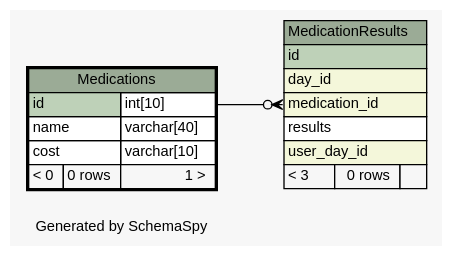
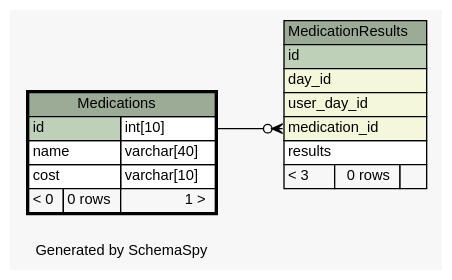
One commit to carrel2/CaseStudies changed the diagram in web/files/schema/diagrams/Medications.1degree.dot. Above: the diagram before and after it, drawn with Graphviz. The commit also changed other lines of this file and 75 other files, not shown here.

```diff
--- a/web/files/schema/diagrams/Medications.1degree.dot
+++ b/web/files/schema/diagrams/Medications.1degree.dot
@@ -1,49 +1,49 @@
 // dot 2.38.0 on Linux 4.4.0-64-generic
 // SchemaSpy rev 590
 digraph "oneDegreeRelationshipsDiagram" {
   graph [
     rankdir="RL"
     bgcolor="#f7f7f7"
     label="\nGenerated by SchemaSpy"
     labeljust="l"
     nodesep="0.18"
     ranksep="0.46"
     fontname="Helvetica"
     fontsize="11"
   ];
   node [
     fontname="Helvetica"
     fontsize="11"
     shape="plaintext"
   ];
   edge [
     arrowsize="0.8"
   ];
   "MedicationResults":"medication_id":w -> "Medications":"id.type":e [arrowhead=none dir=back arrowtail=crowodot];
   "MedicationResults" [
     label=<
     <TABLE BORDER="0" CELLBORDER="1" CELLSPACING="0" BGCOLOR="#ffffff">
       <TR><TD COLSPAN="3" BGCOLOR="#9bab96" ALIGN="CENTER">MedicationResults</TD></TR>
       <TR><TD PORT="id" COLSPAN="3" BGCOLOR="#bed1b8" ALIGN="LEFT">id</TD></TR>
       <TR><TD PORT="day_id" COLSPAN="3" BGCOLOR="#f4f7da" ALIGN="LEFT">day_id</TD></TR>
+      <TR><TD PORT="user_day_id" COLSPAN="3" BGCOLOR="#f4f7da" ALIGN="LEFT">user_day_id</TD></TR>
       <TR><TD PORT="medication_id" COLSPAN="3" BGCOLOR="#f4f7da" ALIGN="LEFT">medication_id</TD></TR>
       <TR><TD PORT="results" COLSPAN="3" ALIGN="LEFT">results</TD></TR>
-      <TR><TD PORT="user_day_id" COLSPAN="3" BGCOLOR="#f4f7da" ALIGN="LEFT">user_day_id</TD></TR>
       <TR><TD ALIGN="LEFT" BGCOLOR="#f7f7f7">&lt; 3</TD><TD ALIGN="RIGHT" BGCOLOR="#f7f7f7">0 rows</TD><TD ALIGN="RIGHT" BGCOLOR="#f7f7f7">  </TD></TR>
     </TABLE>>
     URL="MedicationResults.html"
     tooltip="MedicationResults"
   ];
   "Medications" [
     label=<
     <TABLE BORDER="2" CELLBORDER="1" CELLSPACING="0" BGCOLOR="#ffffff">
       <TR><TD COLSPAN="3" BGCOLOR="#9bab96" ALIGN="CENTER">Medications</TD></TR>
       <TR><TD PORT="id" COLSPAN="2" BGCOLOR="#bed1b8" ALIGN="LEFT">id</TD><TD PORT="id.type" ALIGN="LEFT">int[10]</TD></TR>
       <TR><TD PORT="name" COLSPAN="2" ALIGN="LEFT">name</TD><TD PORT="name.type" ALIGN="LEFT">varchar[40]</TD></TR>
       <TR><TD PORT="cost" COLSPAN="2" ALIGN="LEFT">cost</TD><TD PORT="cost.type" ALIGN="LEFT">varchar[10]</TD></TR>
       <TR><TD ALIGN="LEFT" BGCOLOR="#f7f7f7">&lt; 0</TD><TD ALIGN="RIGHT" BGCOLOR="#f7f7f7">0 rows</TD><TD ALIGN="RIGHT" BGCOLOR="#f7f7f7">1 &gt;</TD></TR>
     </TABLE>>
     URL="Medications.html"
     tooltip="Medications"
   ];
 }
```
